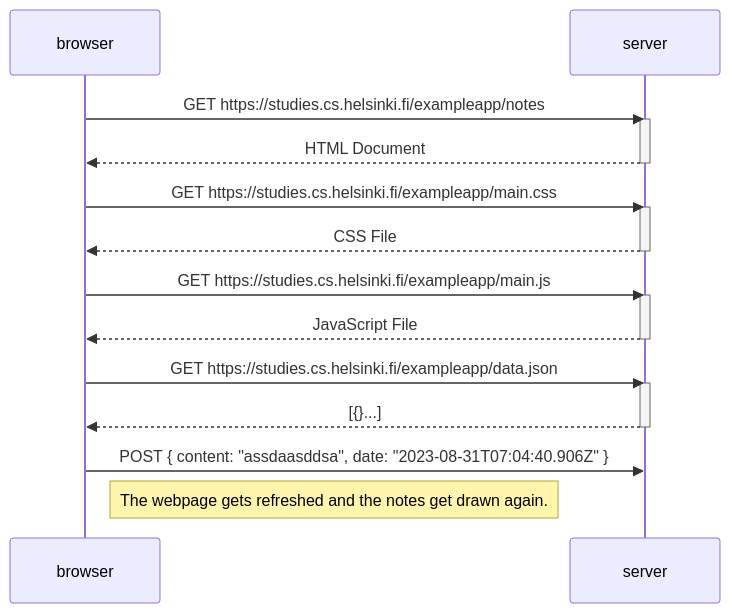
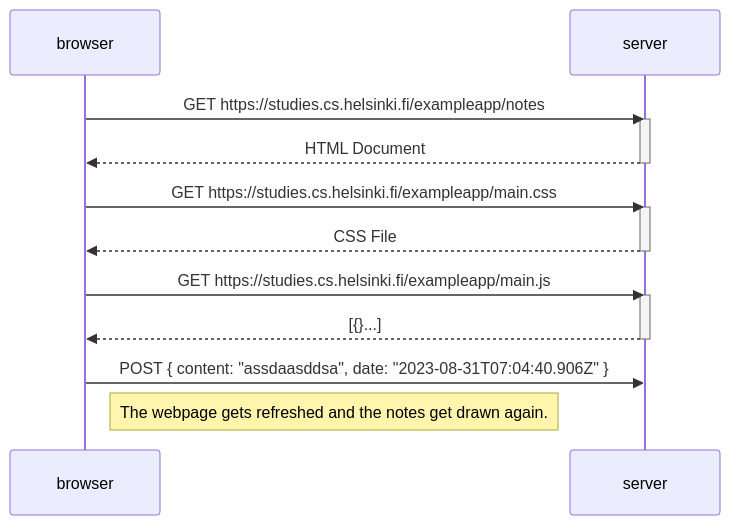
One commit to valtteriper/FullstackOpen changed the diagram in part_0.4.md. Above: the diagram before and after it, drawn with Mermaid.

````diff
--- a/part_0.4.md
+++ b/part_0.4.md
@@ -1,30 +1,25 @@
 ```mermaid
 sequenceDiagram
     participant browser
     participant server
     
     browser->>server: GET https://studies.cs.helsinki.fi/exampleapp/notes
     activate server
     server-->>browser: HTML Document
     deactivate server
 
     browser->>server: GET https://studies.cs.helsinki.fi/exampleapp/main.css
     activate server
     server-->>browser: CSS File
     deactivate server
 
     browser->>server: GET https://studies.cs.helsinki.fi/exampleapp/main.js
     activate server
-    server-->>browser: JavaScript File
-    deactivate server
-
-    browser->>server: GET https://studies.cs.helsinki.fi/exampleapp/data.json
-    activate server
     server-->>browser: [{}...]
     deactivate server
 
     browser->>server: POST { content: "assdaasddsa", date: "2023-08-31T07:04:40.906Z" }
 
 Note right of browser: The webpage gets refreshed and the notes get drawn again.
 
 ```
````
